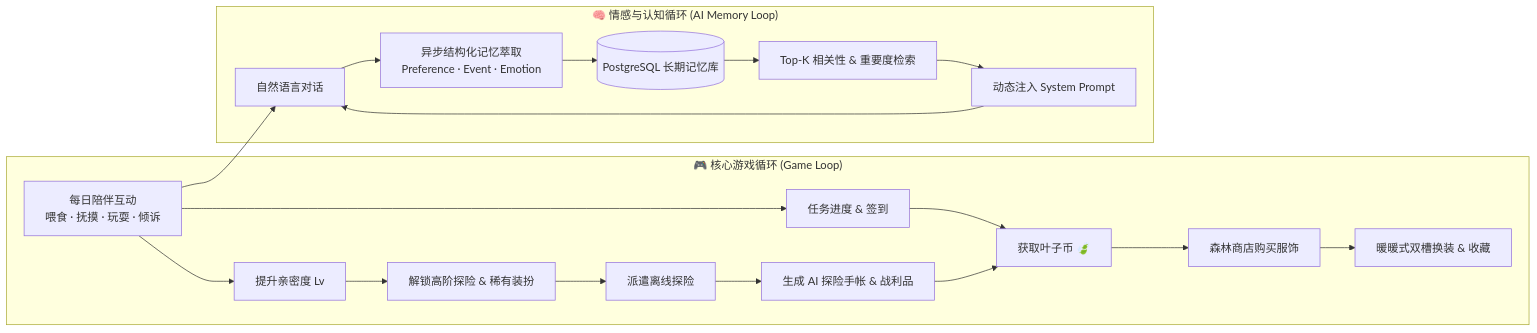
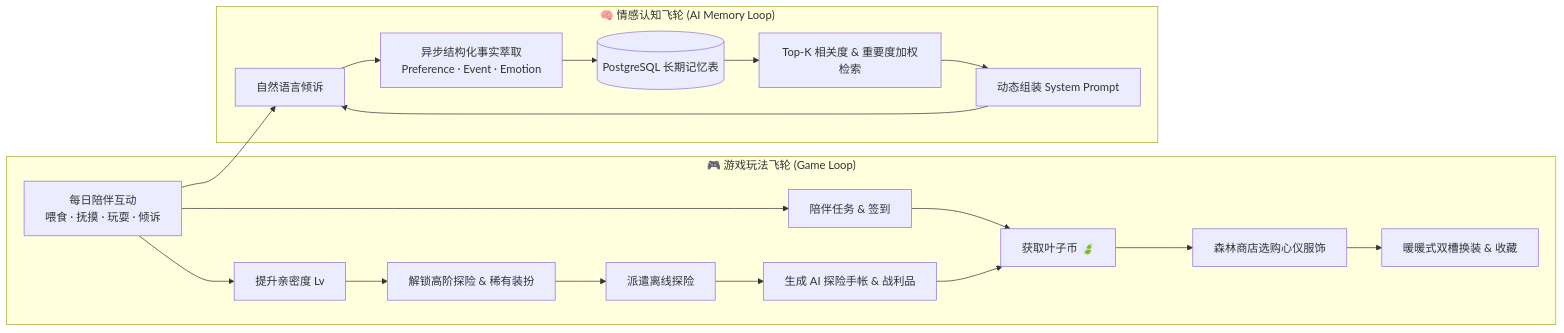
Before and after one commit to Sinera-kiki/meowlog-ai-companion: the first of 2 diagrams in README.md, drawn with Mermaid. The commit also changed other lines of this file, not shown here.

````diff
--- a/README.md
+++ b/README.md
@@ -63,23 +66,23 @@
 ```mermaid
 flowchart LR
-    subgraph CoreLoop["🎮 核心游戏循环 (Game Loop)"]
-        A[每日陪伴互动\n喂食 · 抚摸 · 玩耍 · 倾诉] --> B[任务进度 & 签到]
+    subgraph CoreLoop["🎮 游戏玩法飞轮 (Game Loop)"]
+        A[每日陪伴互动\n喂食 · 抚摸 · 玩耍 · 倾诉] --> B[陪伴任务 & 签到]
         B --> C[获取叶子币 🍃]
-        C --> D[森林商店购买服饰]
+        C --> D[森林商店选购心仪服饰]
         D --> E[暖暖式双槽换装 & 收藏]
         A --> F[提升亲密度 Lv]
         F --> G[解锁高阶探险 & 稀有装扮]
         G --> H[派遣离线探险]
         H --> I[生成 AI 探险手帐 & 战利品]
         I --> C
     end
 
-    subgraph MemoryLoop["🧠 情感与认知循环 (AI Memory Loop)"]
-        A --> J[自然语言对话]
-        J --> K[异步结构化记忆萃取\nPreference · Event · Emotion]
-        K --> L[(PostgreSQL 长期记忆库)]
-        L --> M[Top-K 相关性 & 重要度检索]
-        M --> N[动态注入 System Prompt]
+    subgraph MemoryLoop["🧠 情感认知飞轮 (AI Memory Loop)"]
+        A --> J[自然语言倾诉]
+        J --> K[异步结构化事实萃取\nPreference · Event · Emotion]
+        K --> L[(PostgreSQL 长期记忆表)]
+        L --> M[Top-K 相关度 & 重要度加权检索]
+        M --> N[动态组装 System Prompt]
         N --> J
     end
 ```
````
